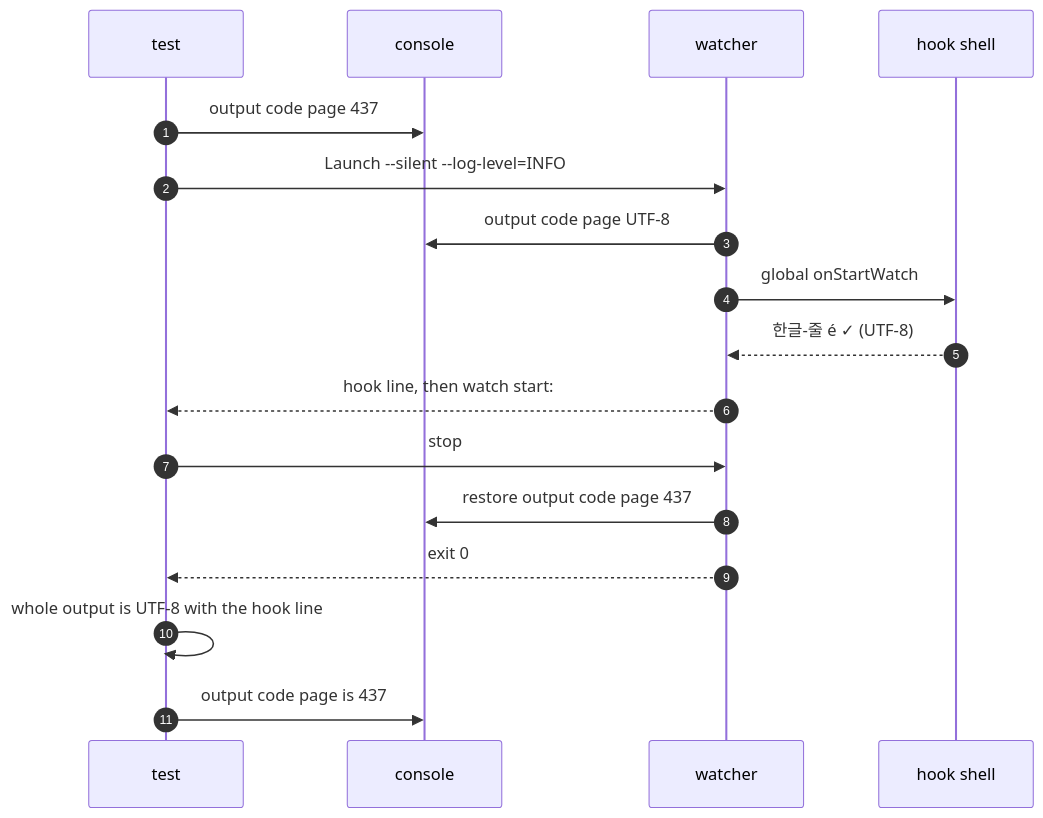
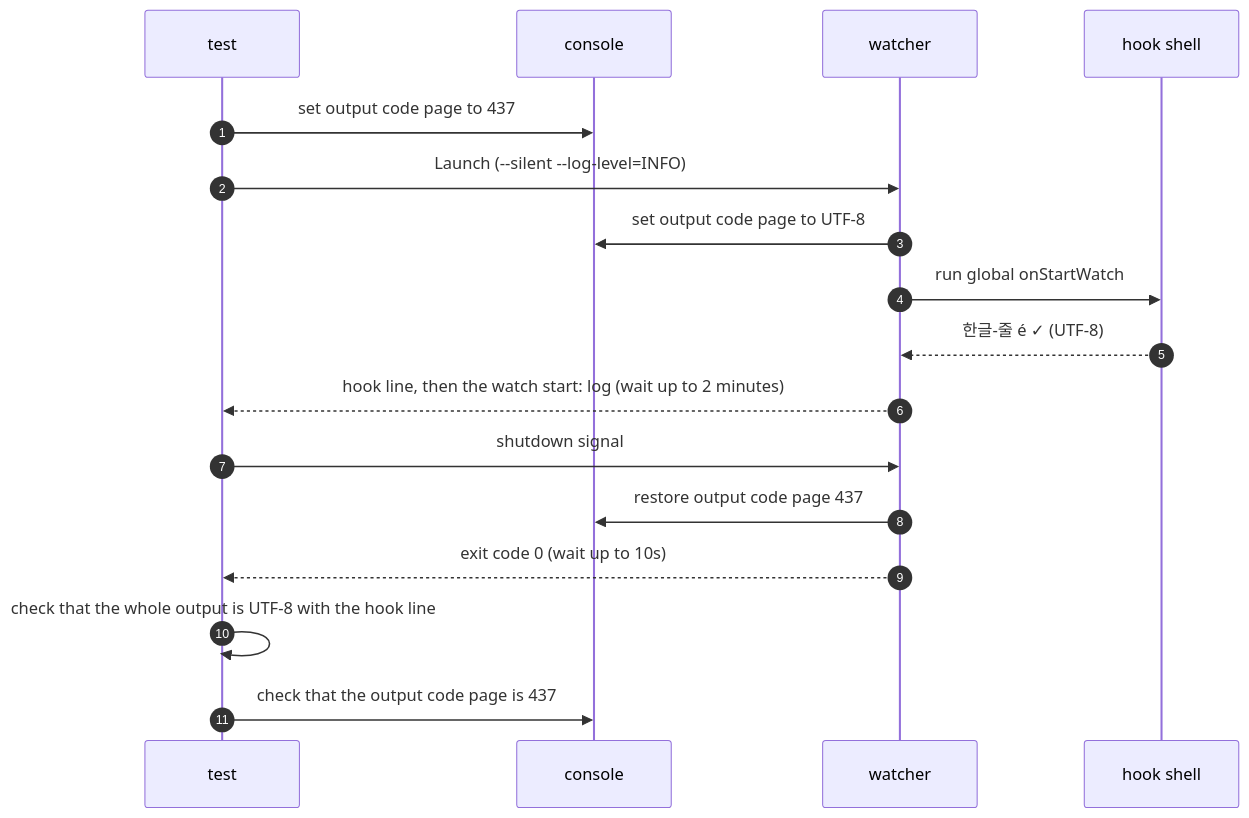
Before and after one commit to seungyeop-lee/directory-watcher: the diagram in e2e/docs/scenarios/windows-shell-non-ascii-output.md, drawn with Mermaid. The commit also changed other lines of this file and 47 other files, not shown here.

````diff
--- a/e2e/docs/scenarios/windows-shell-non-ascii-output.md
+++ b/e2e/docs/scenarios/windows-shell-non-ascii-output.md
@@ -31,19 +32,19 @@
 ```mermaid
 sequenceDiagram
     autonumber
     participant testCode as test
     participant consoleCP as console
     participant watcherProc as watcher
     participant shellProc as hook shell
-    testCode->>consoleCP: output code page 437
-    testCode->>watcherProc: Launch --silent --log-level=INFO
-    watcherProc->>consoleCP: output code page UTF-8
-    watcherProc->>shellProc: global onStartWatch
+    testCode->>consoleCP: set output code page to 437
+    testCode->>watcherProc: Launch (--silent --log-level=INFO)
+    watcherProc->>consoleCP: set output code page to UTF-8
+    watcherProc->>shellProc: run global onStartWatch
     shellProc-->>watcherProc: 한글-줄 é ✓ (UTF-8)
-    watcherProc-->>testCode: hook line, then watch start:
-    testCode->>watcherProc: stop
+    watcherProc-->>testCode: hook line, then the watch start: log (wait up to 2 minutes)
+    testCode->>watcherProc: shutdown signal
     watcherProc->>consoleCP: restore output code page 437
-    watcherProc-->>testCode: exit 0
-    testCode->>testCode: whole output is UTF-8 with the hook line
-    testCode->>consoleCP: output code page is 437
+    watcherProc-->>testCode: exit code 0 (wait up to 10s)
+    testCode->>testCode: check that the whole output is UTF-8 with the hook line
+    testCode->>consoleCP: check that the output code page is 437
 ```
````
